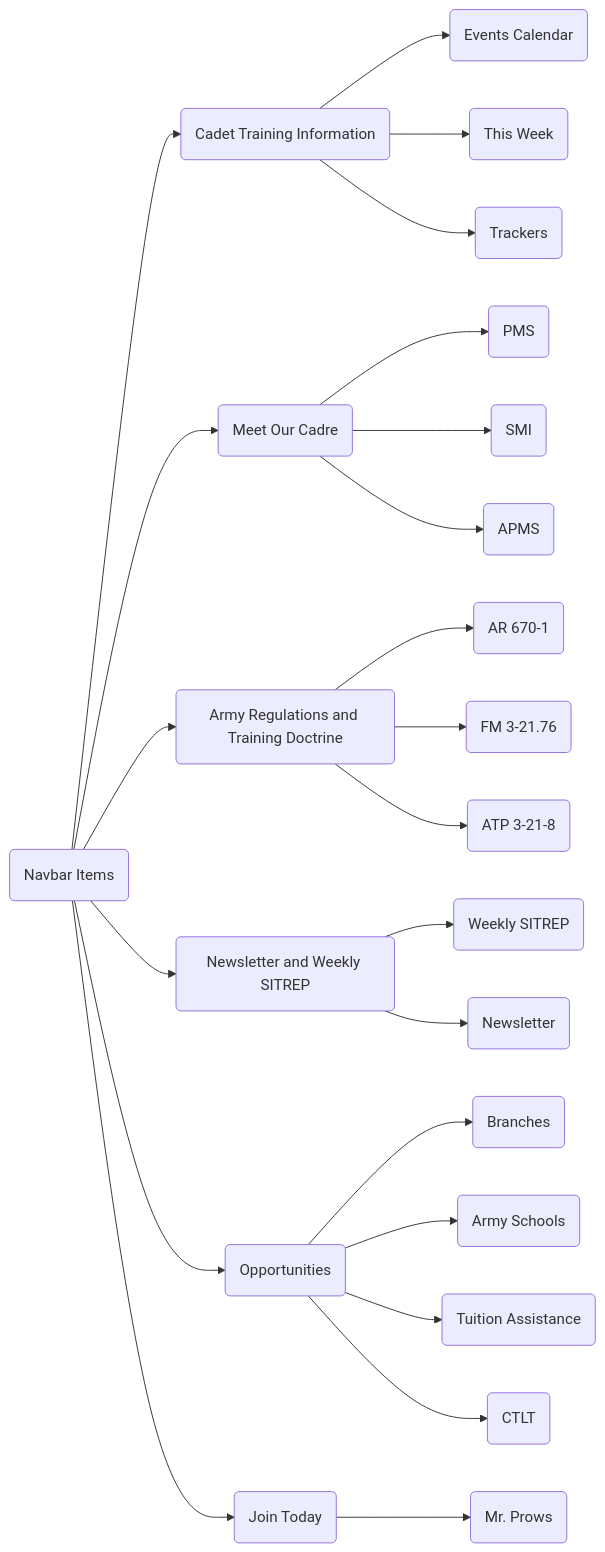
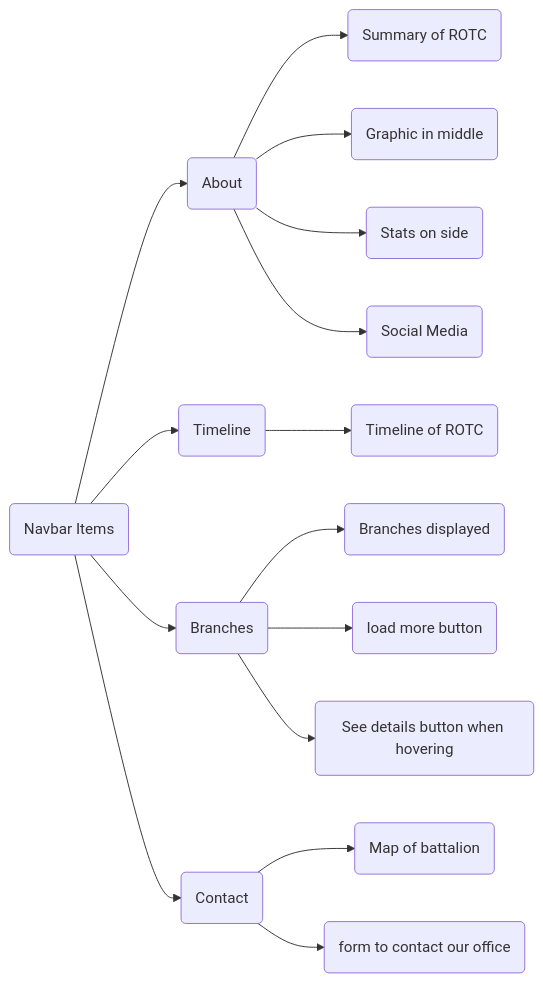
Before and after one commit to sam-wyche/wyche-senior-design: the third of 3 diagrams in Design_Diagrams/Assignment4.md, drawn with Mermaid. The commit also changed other lines of this file, not shown here.

````diff
--- a/Design_Diagrams/Assignment4.md
+++ b/Design_Diagrams/Assignment4.md
@@ -35,31 +29,21 @@
 ```mermaid
 flowchart LR;
-  A(Navbar Items)-->B(Cadet Training Information)
-  A-->C(Meet Our Cadre)
-  A-->D(Army Regulations and Training Doctrine)
-  A-->E(Newsletter and Weekly SITREP)
-  A-->F(Opportunities)
-  A-->G(Join Today)
+  A(Navbar Items)-->B(About)
+  A-->C(Timeline)
+  A-->D(Branches)
+  A-->E(Contact)
 
-  B-->B1(Events Calendar)
-  B-->B2(This Week)
-  B-->B3(Trackers)
+  B-->B1(Summary of ROTC)
+  B-->B2(Graphic in middle)
+  B-->B3(Stats on side)
+  B-->B4(Social Media)
 
-  C-->C1(PMS)
-  C-->C2(SMI)
-  C-->C3(APMS)
+  C-->C1(Timeline of ROTC)
 
-  D-->D1(AR 670-1)
-  D-->D2(FM 3-21.76)
-  D-->D3(ATP 3-21-8)
+  D-->D1(Branches displayed)
+  D-->D2(load more button)
+  D-->D3("See details" button when hovering)
 
-  E-->E1(Weekly SITREP)
-  E-->E2(Newsletter)
-
-  F-->F1(Branches)
-  F-->F2(Army Schools)
-  F-->F3(Tuition Assistance)
-  F-->F4(CTLT)
-
-  G-->G1(Mr. Prows)
+  E-->E1(Map of battalion)
+  E-->E2(form to contact our office)
 ```
````
